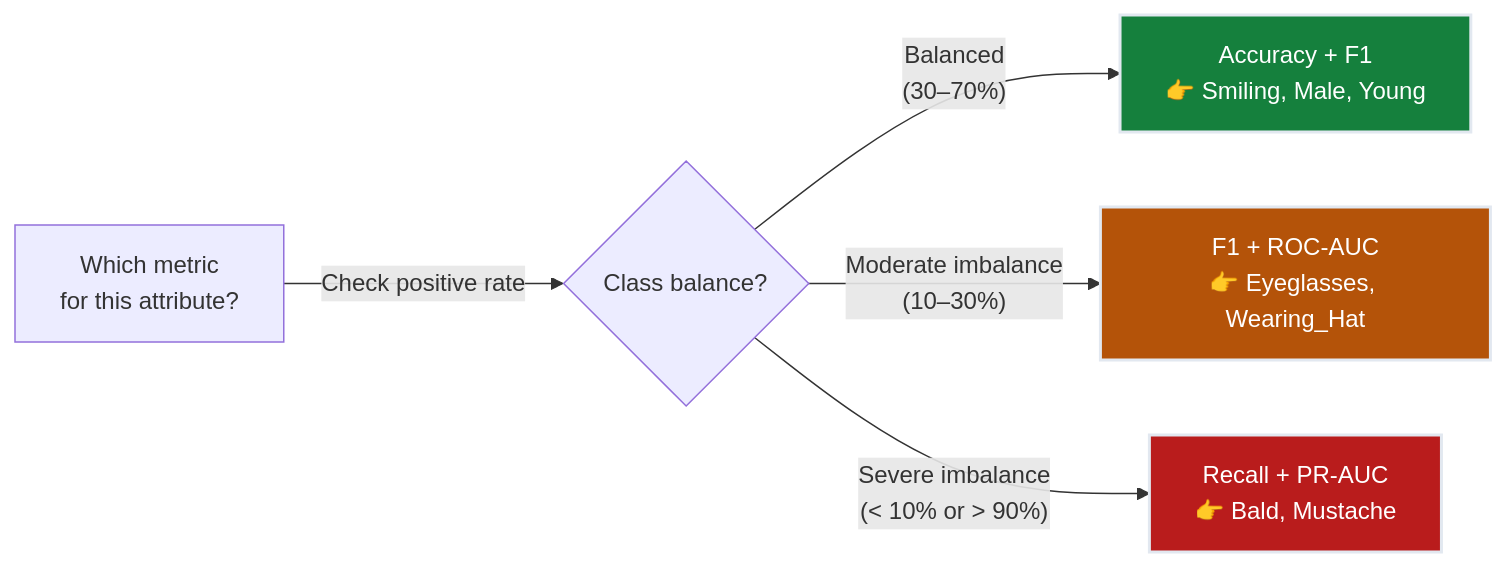
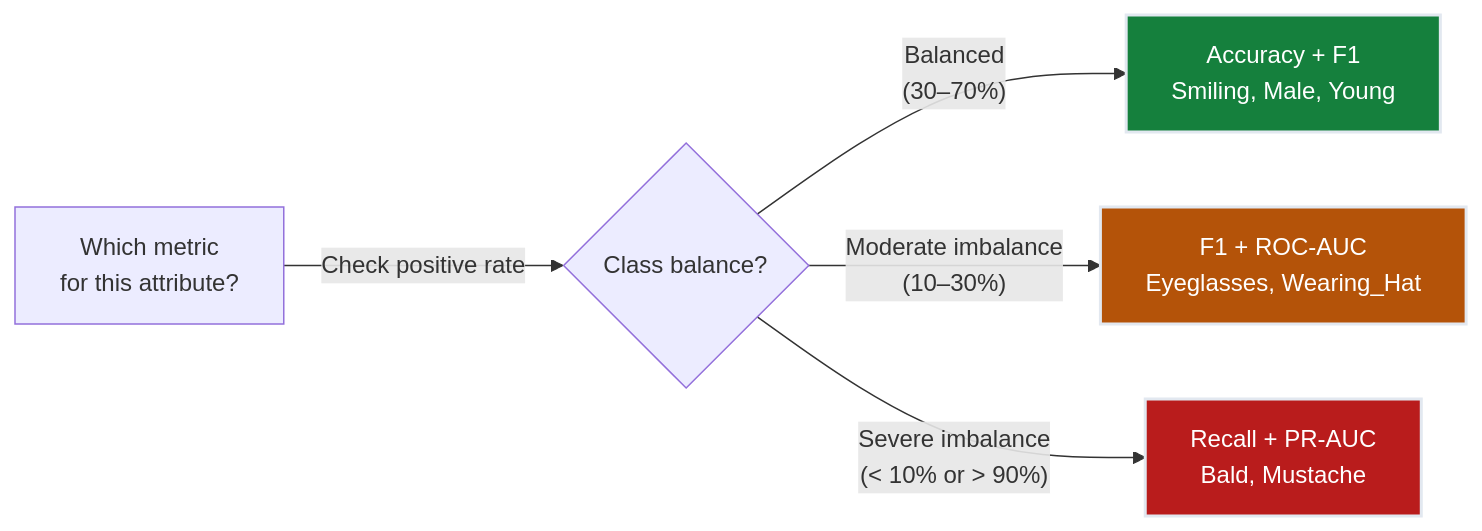
The sixth of 8 diagrams in notes/01-ml/02-classification/ch03_metrics/README.md (dsgouda7/ai-portfolio), drawn with Mermaid before and after one commit. The commit also changed other lines of this file and 391 other files, not shown here.

````diff
--- a/notes/01-ml/02-classification/ch03_metrics/README.md
+++ b/notes/01-ml/02-classification/ch03_metrics/README.md
@@ -879,10 +879,10 @@
 ```mermaid
 graph LR
  A["Which metric<br/>for this attribute?"] -->|"Check positive rate"| B{"Class balance?"}
- B -->|"Balanced<br/>(30–70%)"| C["Accuracy + F1<br/>👉 Smiling, Male, Young"]
- B -->|"Moderate imbalance<br/>(10–30%)"| D["F1 + ROC-AUC<br/>👉 Eyeglasses, Wearing_Hat"]
- B -->|"Severe imbalance<br/>(< 10% or > 90%)"| E["Recall + PR-AUC<br/>👉 Bald, Mustache"]
+ B -->|"Balanced<br/>(30–70%)"| C["Accuracy + F1<br/> Smiling, Male, Young"]
+ B -->|"Moderate imbalance<br/>(10–30%)"| D["F1 + ROC-AUC<br/> Eyeglasses, Wearing_Hat"]
+ B -->|"Severe imbalance<br/>(< 10% or > 90%)"| E["Recall + PR-AUC<br/> Bald, Mustache"]
  style C fill:#15803d,stroke:#e2e8f0,stroke-width:2px,color:#ffffff
  style D fill:#b45309,stroke:#e2e8f0,stroke-width:2px,color:#ffffff
  style E fill:#b91c1c,stroke:#e2e8f0,stroke-width:2px,color:#ffffff
 ```
````
